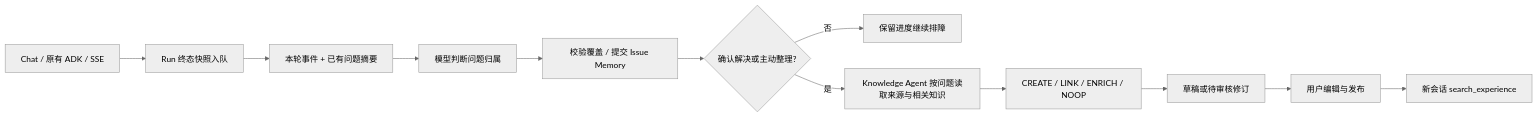
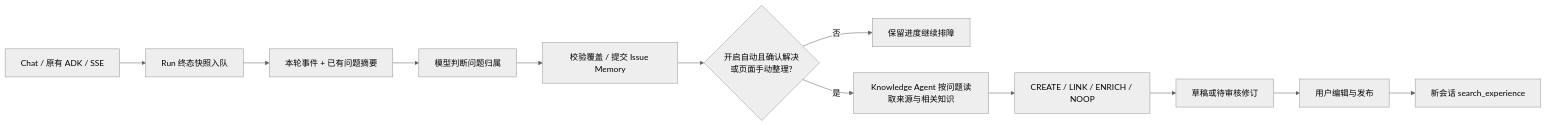
One commit to www0527-ux/pilot-v2 changed the diagram in docs/ISSUE_KNOWLEDGE_GUIDE.md. Above: the diagram before and after it, drawn with Mermaid (neutral theme). The commit also changed other lines of this file and 9 other files, not shown here.

````diff
--- a/docs/ISSUE_KNOWLEDGE_GUIDE.md
+++ b/docs/ISSUE_KNOWLEDGE_GUIDE.md
@@ -7,14 +7,14 @@
 ```mermaid
 flowchart LR
   A[Chat / 原有 ADK / SSE] --> B[Run 终态快照入队]
   B --> C[本轮事件 + 已有问题摘要]
   C --> D[模型判断问题归属]
   D --> E[校验覆盖 / 提交 Issue Memory]
-  E --> F{确认解决或主动整理?}
+  E --> F{开启自动且确认解决<br/>或页面手动整理?}
   F -->|否| G[保留进度继续排障]
   F -->|是| H[Knowledge Agent 按问题读取来源与相关知识]
   H --> I[CREATE / LINK / ENRICH / NOOP]
   I --> J[草稿或待审核修订]
   J --> K[用户编辑与发布]
   K --> L[新会话 search_experience]
 ```
````
